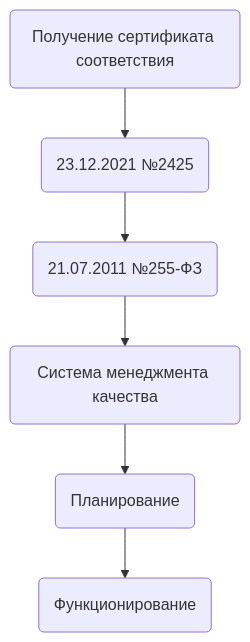
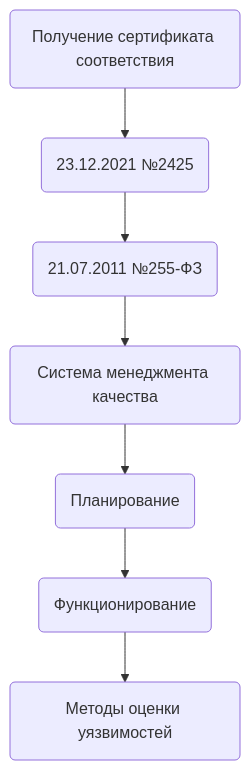
One commit to p3r3sada/Var-2Peresada changed the diagram in №2Peresada.md. Above: the diagram before and after it, drawn with Mermaid.

````diff
--- a/№2Peresada.md
+++ b/№2Peresada.md
@@ -1,9 +1,9 @@
-``` mermaid
+```mermaid
 flowchart TD;
 A(Получение сертификата соответствия) --> B(23.12.2021 №2425)
 B --> C(21.07.2011 №255-ФЗ)
 C --> D(Система менеджмента качества)
 D --> E(Планирование)
 E --> F(Функционирование)
-
+F --> G(Методы оценки уязвимостей)
 ```
````
